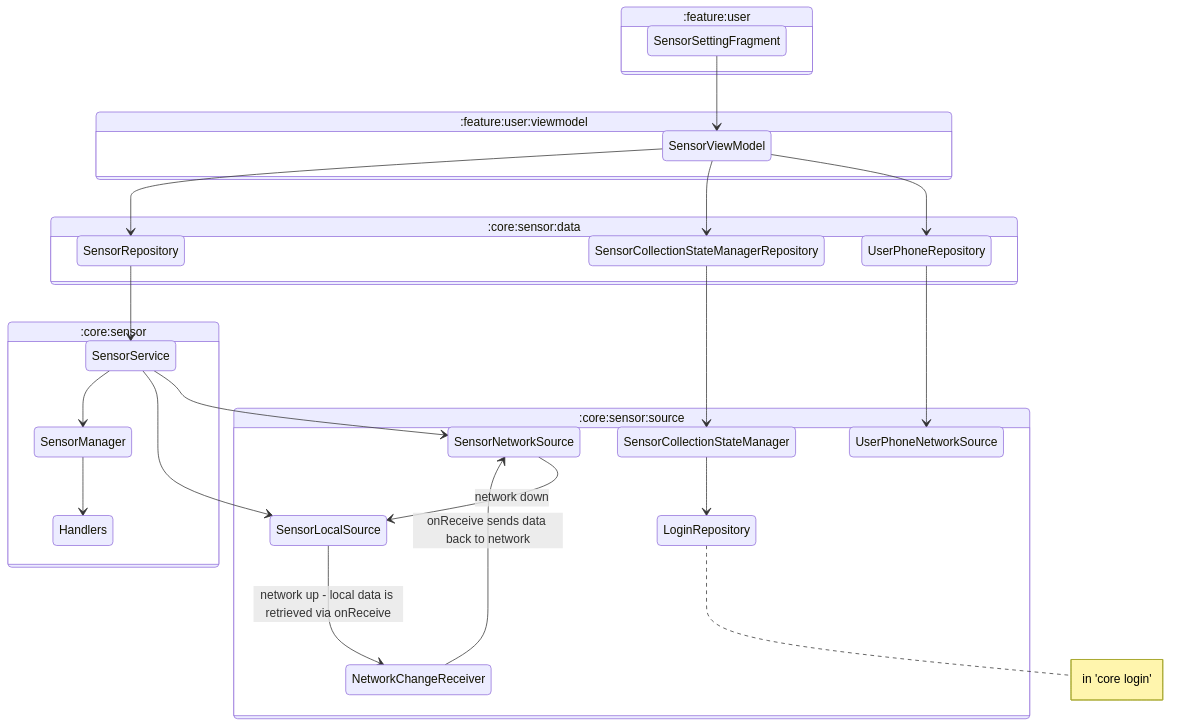
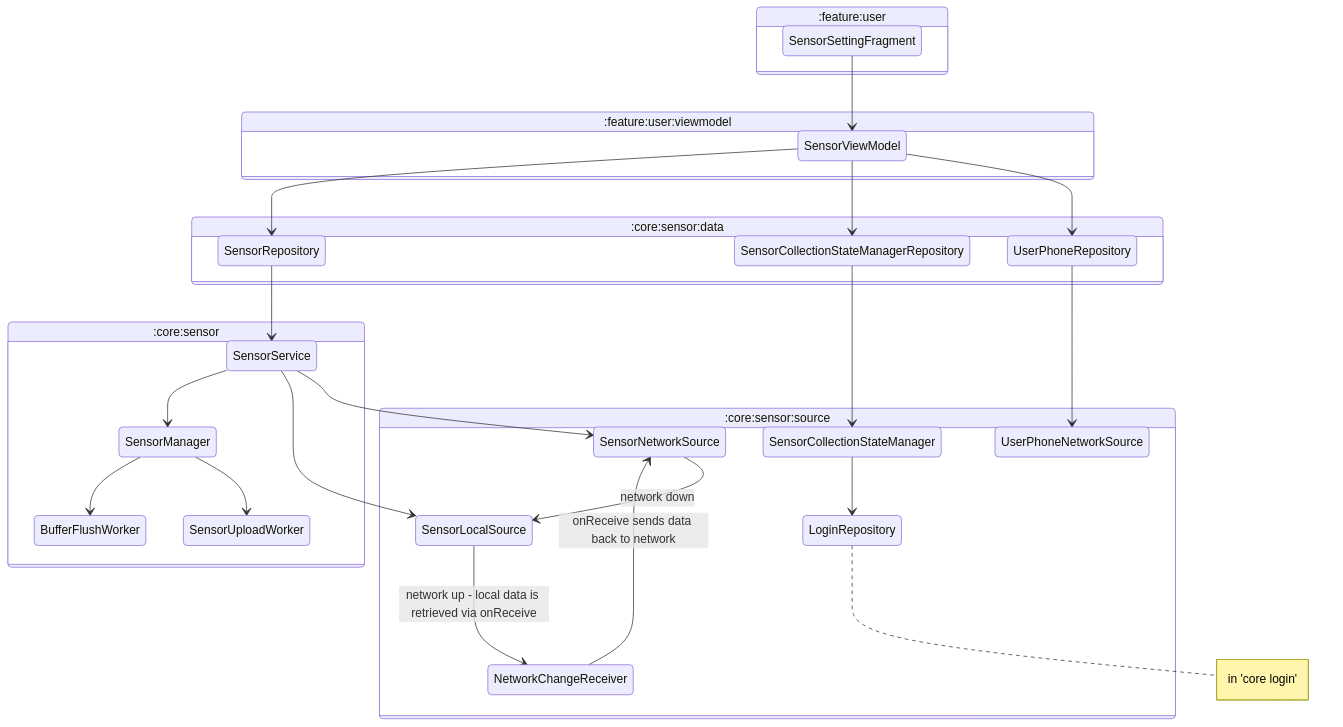
One commit to cambridge-cares/TheWorldAvatar changed the diagram in Apps/TimelineApp/core/sensor/README.md. Above: the diagram before and after it, drawn with Mermaid. The commit also changed other lines of this file and 2 other files, not shown here.

Commit message:
1839-record-transport-mode: updated readME

````diff
--- a/Apps/TimelineApp/core/sensor/README.md
+++ b/Apps/TimelineApp/core/sensor/README.md
@@ -11,67 +11,70 @@
 ```mermaid
     stateDiagram-v2
 
       ssf: SensorSettingFragment
       svm: SensorViewModel
       upr: UserPhoneRepository
       scsmr: SensorCollectionStateManagerRepository
       lr: LoginRepository
       sr: SensorRepository
       upns: UserPhoneNetworkSource
       scsm: SensorCollectionStateManager
       sls: SensorLocalSource
       sns: SensorNetworkSource
       ss: SensorService
       sm: SensorManager
-      h: Handlers
+      bfw: BufferFlushWorker
+      suw: SensorUploadWorker
       ncr: NetworkChangeReceiver 
 
       ssf --> svm
       svm --> upr
       svm --> scsmr
       svm --> sr
 
       upr --> upns
       scsmr --> scsm
       sr --> ss
 
       ss --> sns
       ss --> sls
       ss --> sm
-      sm --> h
+      sm --> suw
+      sm --> bfw
       
       sns --> sls : network down 
       sls --> ncr : network up - local data is retrieved via onReceive 
       ncr --> sns : onReceive sends data back to network 
 
 
       state :feature:user {
         ssf
       }
 
       state :feature:user:viewmodel {
         svm
       }
 
       state :core:sensor:data {
         upr
         scsmr
         sr
       }
 
       state :core:sensor:source {
         upns
         scsm --> lr
         sls
         sns 
         ncr
 
         note right of lr : in 'core login'
       }
 
       state :core:sensor {
         ss
         sm
-        h
+        bfw
+        suw
       }
 ```
````
